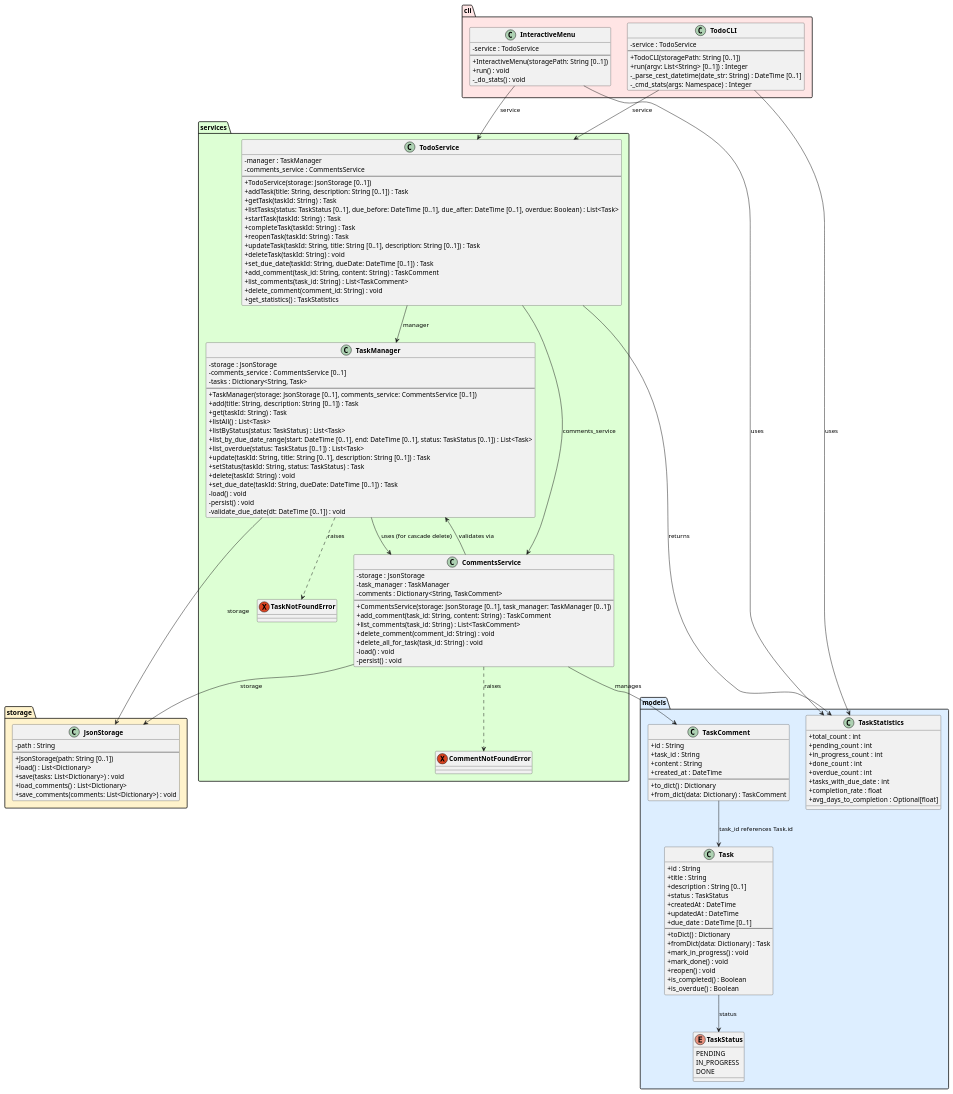
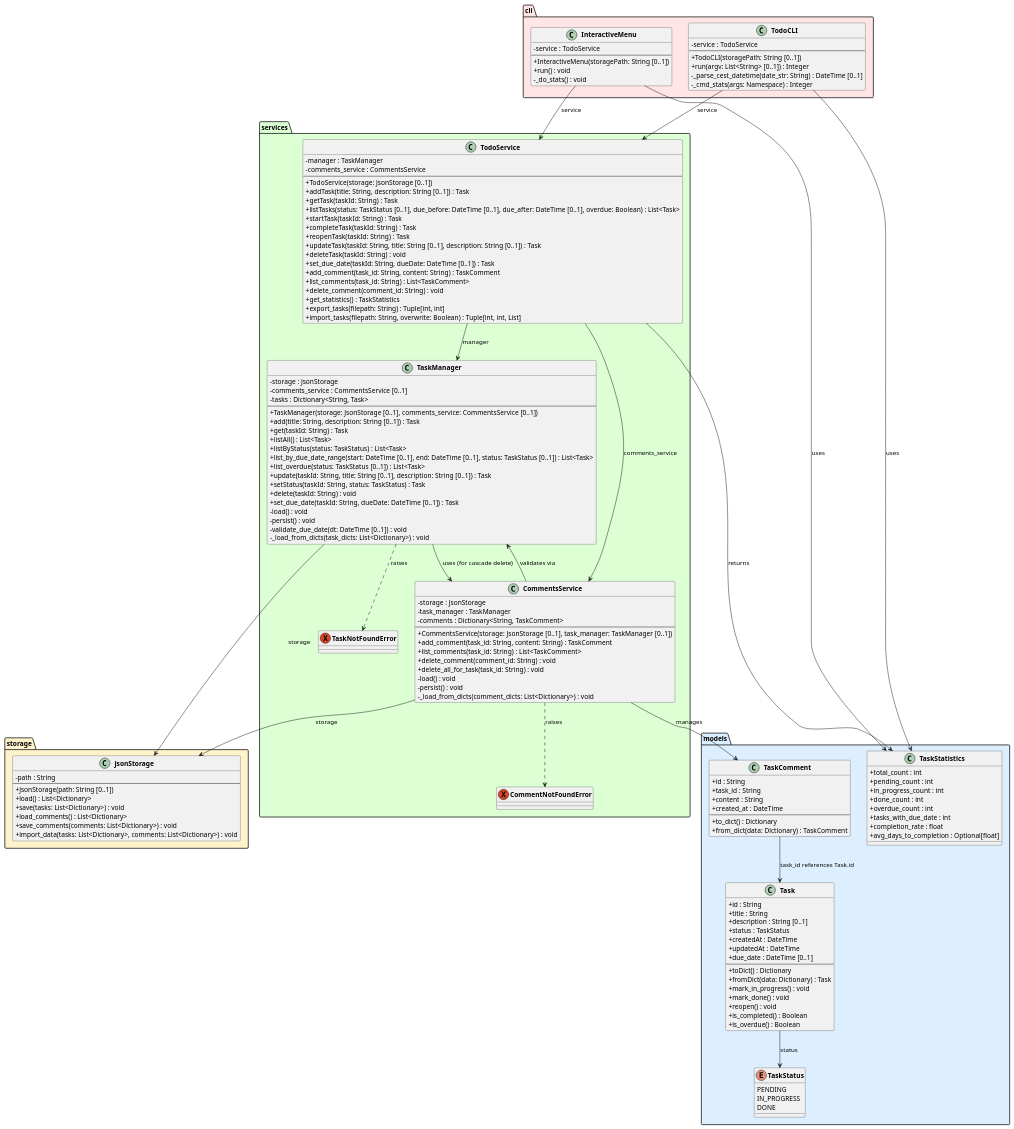
Before and after one commit to DanielRiha8906/Software_autoevolution_using_agents: the diagram in experiments/supervisor_as_tools/structured_text/TODO/artifacts/class_diagram.puml, drawn with PlantUML. The commit also changed 11 other files, not shown here.

```diff
--- a/experiments/supervisor_as_tools/structured_text/TODO/artifacts/class_diagram.puml
+++ b/experiments/supervisor_as_tools/structured_text/TODO/artifacts/class_diagram.puml
@@ -1,161 +1,166 @@
 @startuml class_diagram
 
 skinparam classAttributeIconSize 0
 skinparam classFontStyle bold
 
 package "models" #DDEEFF {
     enum TaskStatus {
         PENDING
         IN_PROGRESS
         DONE
     }
 
     class Task {
         +id : String
         +title : String
         +description : String [0..1]
         +status : TaskStatus
         +createdAt : DateTime
         +updatedAt : DateTime
         +due_date : DateTime [0..1]
         --
         +toDict() : Dictionary
         +fromDict(data: Dictionary) : Task
         +mark_in_progress() : void
         +mark_done() : void
         +reopen() : void
         +is_completed() : Boolean
         +is_overdue() : Boolean
     }
 
     class TaskComment {
         +id : String
         +task_id : String
         +content : String
         +created_at : DateTime
         --
         +to_dict() : Dictionary
         +from_dict(data: Dictionary) : TaskComment
     }
 
     class TaskStatistics {
         +total_count : int
         +pending_count : int
         +in_progress_count : int
         +done_count : int
         +overdue_count : int
         +tasks_with_due_date : int
         +completion_rate : float
         +avg_days_to_completion : Optional[float]
     }
 }
 
 package "storage" #FFF3CC {
     class JsonStorage {
         -path : String
         --
         +JsonStorage(path: String [0..1])
         +load() : List<Dictionary>
         +save(tasks: List<Dictionary>) : void
         +load_comments() : List<Dictionary>
         +save_comments(comments: List<Dictionary>) : void
+        +import_data(tasks: List<Dictionary>, comments: List<Dictionary>) : void
     }
 }
 
 package "services" #DDFFD4 {
     exception TaskNotFoundError
     exception CommentNotFoundError
 
     class TaskManager {
         -storage : JsonStorage
         -comments_service : CommentsService [0..1]
         -tasks : Dictionary<String, Task>
         --
         +TaskManager(storage: JsonStorage [0..1], comments_service: CommentsService [0..1])
         +add(title: String, description: String [0..1]) : Task
         +get(taskId: String) : Task
         +listAll() : List<Task>
         +listByStatus(status: TaskStatus) : List<Task>
         +list_by_due_date_range(start: DateTime [0..1], end: DateTime [0..1], status: TaskStatus [0..1]) : List<Task>
         +list_overdue(status: TaskStatus [0..1]) : List<Task>
         +update(taskId: String, title: String [0..1], description: String [0..1]) : Task
         +setStatus(taskId: String, status: TaskStatus) : Task
         +delete(taskId: String) : void
         +set_due_date(taskId: String, dueDate: DateTime [0..1]) : Task
         -load() : void
         -persist() : void
         -validate_due_date(dt: DateTime [0..1]) : void
+        -_load_from_dicts(task_dicts: List<Dictionary>) : void
     }
 
     class CommentsService {
         -storage : JsonStorage
         -task_manager : TaskManager
         -comments : Dictionary<String, TaskComment>
         --
         +CommentsService(storage: JsonStorage [0..1], task_manager: TaskManager [0..1])
         +add_comment(task_id: String, content: String) : TaskComment
         +list_comments(task_id: String) : List<TaskComment>
         +delete_comment(comment_id: String) : void
         +delete_all_for_task(task_id: String) : void
         -load() : void
         -persist() : void
+        -_load_from_dicts(comment_dicts: List<Dictionary>) : void
     }
 
     class TodoService {
         -manager : TaskManager
         -comments_service : CommentsService
         --
         +TodoService(storage: JsonStorage [0..1])
         +addTask(title: String, description: String [0..1]) : Task
         +getTask(taskId: String) : Task
         +listTasks(status: TaskStatus [0..1], due_before: DateTime [0..1], due_after: DateTime [0..1], overdue: Boolean) : List<Task>
         +startTask(taskId: String) : Task
         +completeTask(taskId: String) : Task
         +reopenTask(taskId: String) : Task
         +updateTask(taskId: String, title: String [0..1], description: String [0..1]) : Task
         +deleteTask(taskId: String) : void
         +set_due_date(taskId: String, dueDate: DateTime [0..1]) : Task
         +add_comment(task_id: String, content: String) : TaskComment
         +list_comments(task_id: String) : List<TaskComment>
         +delete_comment(comment_id: String) : void
         +get_statistics() : TaskStatistics
+        +export_tasks(filepath: String) : Tuple[int, int]
+        +import_tasks(filepath: String, overwrite: Boolean) : Tuple[int, int, List]
     }
 }
 
 package "cli" #FFE5E5 {
     class TodoCLI {
         -service : TodoService
         --
         +TodoCLI(storagePath: String [0..1])
         +run(argv: List<String> [0..1]) : Integer
         -_parse_cest_datetime(date_str: String) : DateTime [0..1]
         -_cmd_stats(args: Namespace) : Integer
     }
 
     class InteractiveMenu {
         -service : TodoService
         --
         +InteractiveMenu(storagePath: String [0..1])
         +run() : void
         -_do_stats() : void
     }
 }
 
 Task --> TaskStatus : status
 TaskComment --> Task : task_id references Task.id
 TaskManager --> JsonStorage : storage
 TaskManager --> CommentsService : uses (for cascade delete)
 TaskManager ..> TaskNotFoundError : raises
 CommentsService --> JsonStorage : storage
 CommentsService --> TaskManager : validates via
 CommentsService --> TaskComment : manages
 CommentsService ..> CommentNotFoundError : raises
 TodoService --> TaskManager : manager
 TodoService --> CommentsService : comments_service
 TodoService --> TaskStatistics : returns
 TodoCLI --> TodoService : service
 TodoCLI --> TaskStatistics : uses
 InteractiveMenu --> TodoService : service
 InteractiveMenu --> TaskStatistics : uses
 
 @enduml
```
